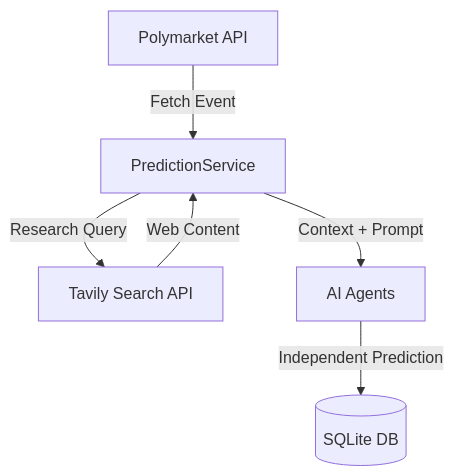
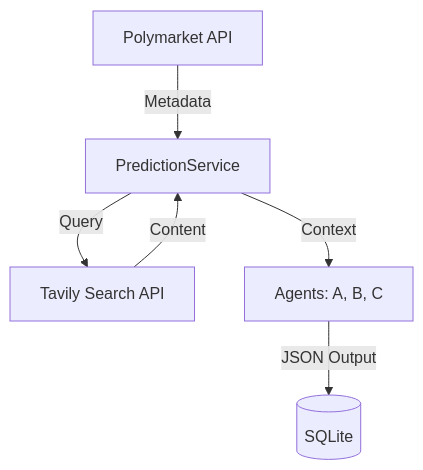
One commit to hammad-ali9/Mutli-Agent-System changed the first of 2 diagrams in README.md. Above: the diagram before and after it, drawn with Mermaid. The commit also changed other lines of this file, not shown here.

````diff
--- a/README.md
+++ b/README.md
@@ -10,8 +11,8 @@
 ```mermaid
 graph TD
-    A[Polymarket API] -->|Fetch Event| B[PredictionService]
-    B -->|Research Query| C[Tavily Search API]
-    C -->|Web Content| B
-    B -->|Context + Prompt| D[AI Agents]
-    D -->|Independent Prediction| E[(SQLite DB)]
+    A[Polymarket API] -->|Metadata| B[PredictionService]
+    B -->|Query| C[Tavily Search API]
+    C -->|Content| B
+    B -->|Context| D[Agents: A, B, C]
+    D -->|JSON Output| E[(SQLite)]
 ```
````
